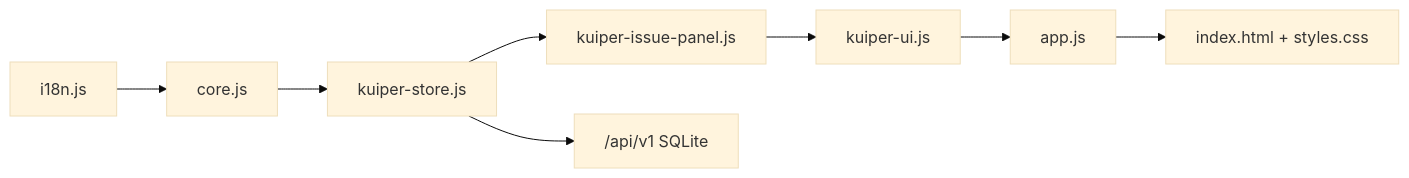
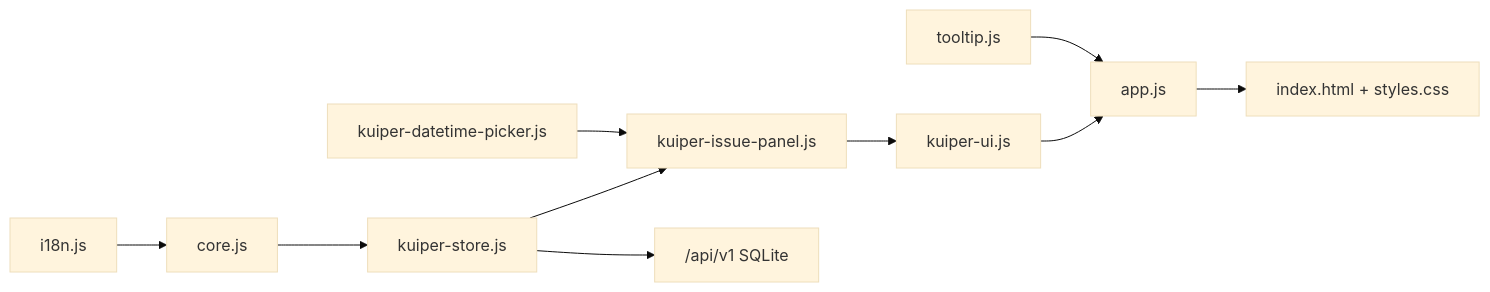
Before and after one commit to KuiperBelt-PRO/kanban.page: the eighth of 11 diagrams in DESIGN.md, drawn with Mermaid (base theme). The commit also changed other lines of this file and 12 other files, not shown here.

````diff
--- a/DESIGN.md
+++ b/DESIGN.md
@@ -558,10 +574,12 @@
 ```mermaid
 flowchart LR
   I18N[i18n.js] --> CORE[core.js]
   CORE --> STORE[kuiper-store.js]
-  STORE --> PANEL[kuiper-issue-panel.js]
+  DTP[kuiper-datetime-picker.js] --> PANEL[kuiper-issue-panel.js]
+  STORE --> PANEL
   PANEL --> UI[kuiper-ui.js]
-  UI --> APP[app.js]
+  TIP[tooltip.js] --> APP[app.js]
+  UI --> APP
   STORE --> API["/api/v1 SQLite"]
   APP --> DOM[index.html + styles.css]
 ```
````
